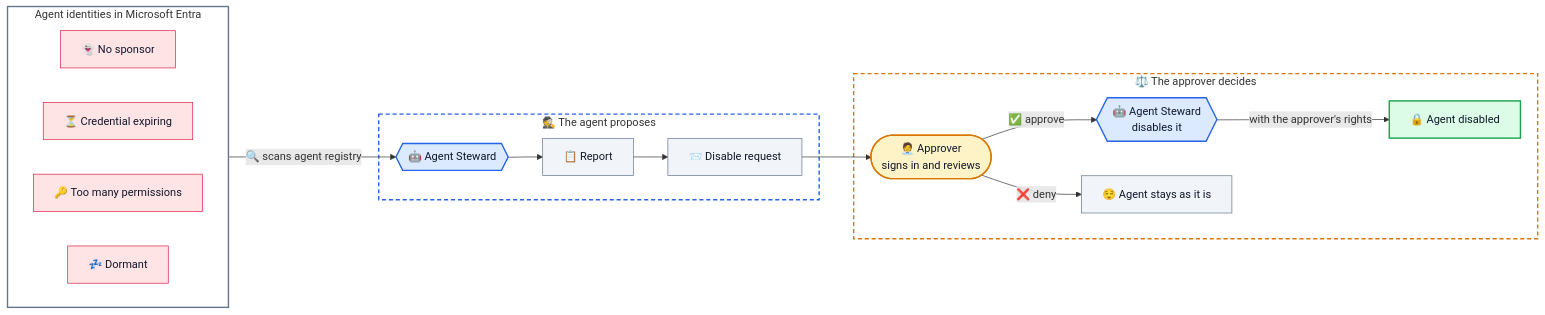
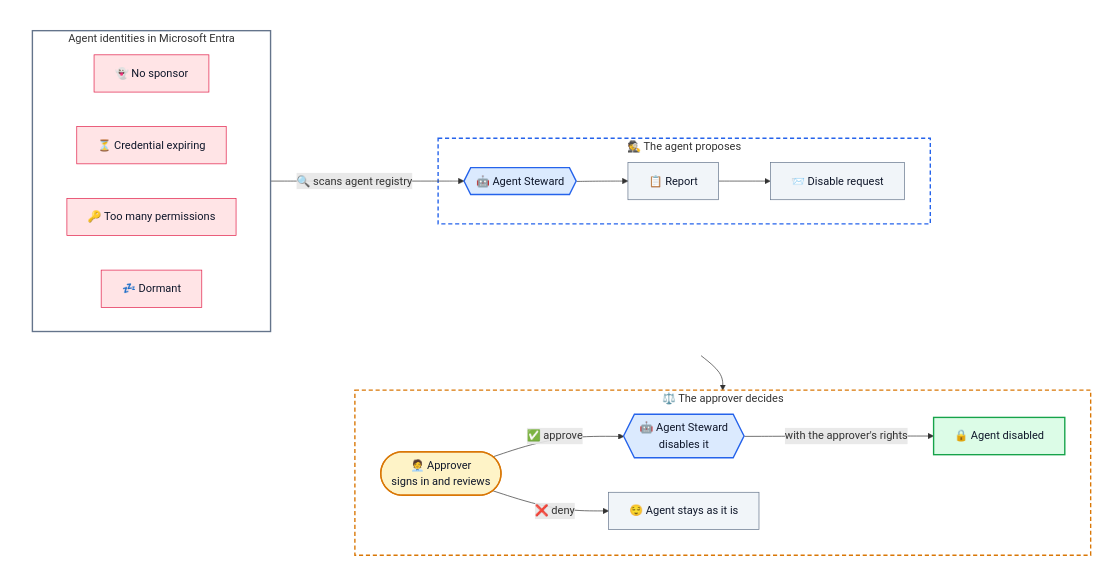
One commit to alireza-mpr/agent-steward changed the first of 2 diagrams in README.md. Above: the diagram before and after it, drawn with Mermaid. The commit also changed other lines of this file, not shown here.

````diff
--- a/README.md
+++ b/README.md
@@ -15,45 +15,58 @@
 ```mermaid
-flowchart LR
-    subgraph TENANT["Agent identities in Microsoft Entra"]
+flowchart TB
+    %% An invisible frame holds the first row, so the approver's frame can sit below it
+    subgraph TOP[" "]
         direction LR
-        F1["👻 No sponsor"]
-        F2["⏳ Credential expiring"]
-        F3["🔑 Too many permissions"]
-        F4["💤 Dormant"]
+        subgraph TENANT["Agent identities in Microsoft Entra"]
+            direction LR
+            F1["👻 No sponsor"]
+            F2["⏳ Credential expiring"]
+            F3["🔑 Too many permissions"]
+            F4["💤 Dormant"]
+        end
+
+        subgraph PROPOSE["🕵️ The agent proposes"]
+            GUARD{{"🤖 Agent Steward"}}
+            REPORT["📋 Report"]
+            ASK["📨 Disable request"]
+            GUARD --> REPORT
+            REPORT --> ASK
+        end
+
+        TENANT -- "🔍 scans agent registry" --> GUARD
     end
 
-    subgraph PROPOSE["🕵️ The agent proposes"]
-        GUARD{{"🤖 Agent Steward"}}
-        REPORT["📋 Report"]
-        ASK["📨 Disable request"]
-        GUARD --> REPORT
-        REPORT --> ASK
-    end
+    %% An invisible box to the left of the approver's frame pushes that frame to the right
+    GAP["________________________"]
 
     subgraph DECIDE["⚖️ The approver decides"]
+        direction LR
         HUMAN(["🧑‍💼 Approver<br/>signs in and reviews"])
         ACT{{"🤖 Agent Steward<br/>disables it"}}
         DISABLED["🔒 Agent disabled"]
         STAYS["😌 Agent stays as it is"]
         HUMAN -- "✅ approve" --> ACT
         ACT -- "with the approver's rights" --> DISABLED
         HUMAN -- "❌ deny" --> STAYS
     end
 
-    TENANT -- "🔍 scans agent registry" --> GUARD
-    ASK --> HUMAN
+    TOP ~~~ GAP
+    TOP --> DECIDE
 
     classDef agent fill:#dbeafe,stroke:#2563eb,stroke-width:2px,color:#0f172a
     classDef risk fill:#ffe4e6,stroke:#e11d48,color:#0f172a
     classDef human fill:#fef3c7,stroke:#d97706,stroke-width:2px,color:#0f172a
     classDef good fill:#dcfce7,stroke:#16a34a,stroke-width:2px,color:#0f172a
     classDef calm fill:#f1f5f9,stroke:#64748b,color:#0f172a
+    classDef spacer fill:none,stroke:none,color:transparent
     class GUARD,ACT agent
     class F1,F2,F3,F4 risk
     class HUMAN human
     class DISABLED good
+    class GAP spacer
     class REPORT,ASK,STAYS calm
     style PROPOSE fill:transparent,stroke:#2563eb,stroke-width:2px,stroke-dasharray: 6 4
     style DECIDE fill:transparent,stroke:#d97706,stroke-width:2px,stroke-dasharray: 6 4
     style TENANT fill:transparent,stroke:#64748b,stroke-width:2px
+    style TOP fill:transparent,stroke:transparent
 ```
````
